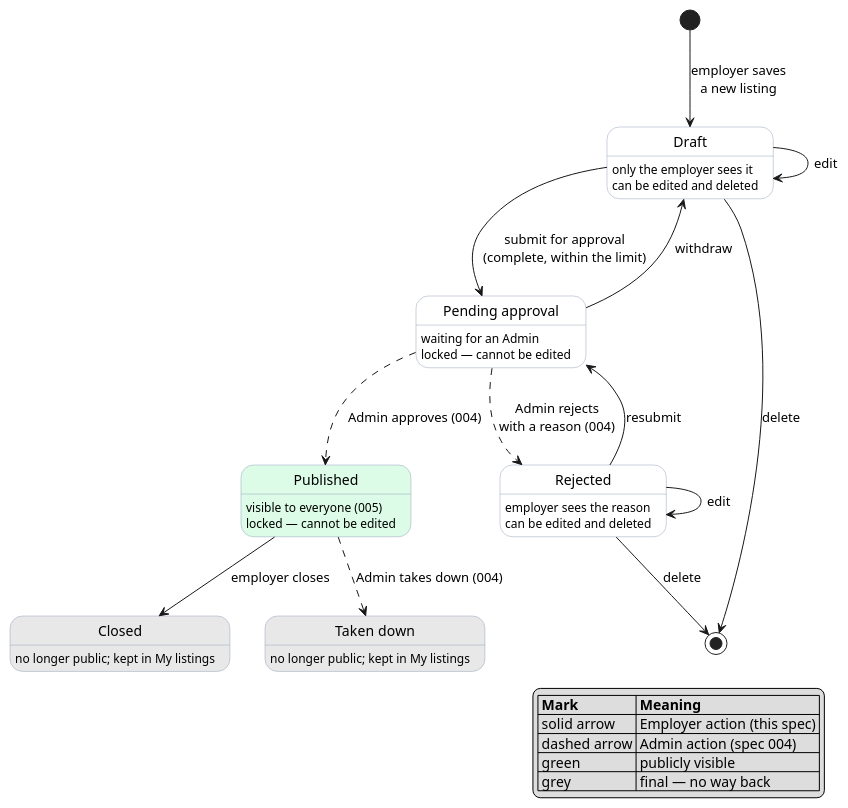
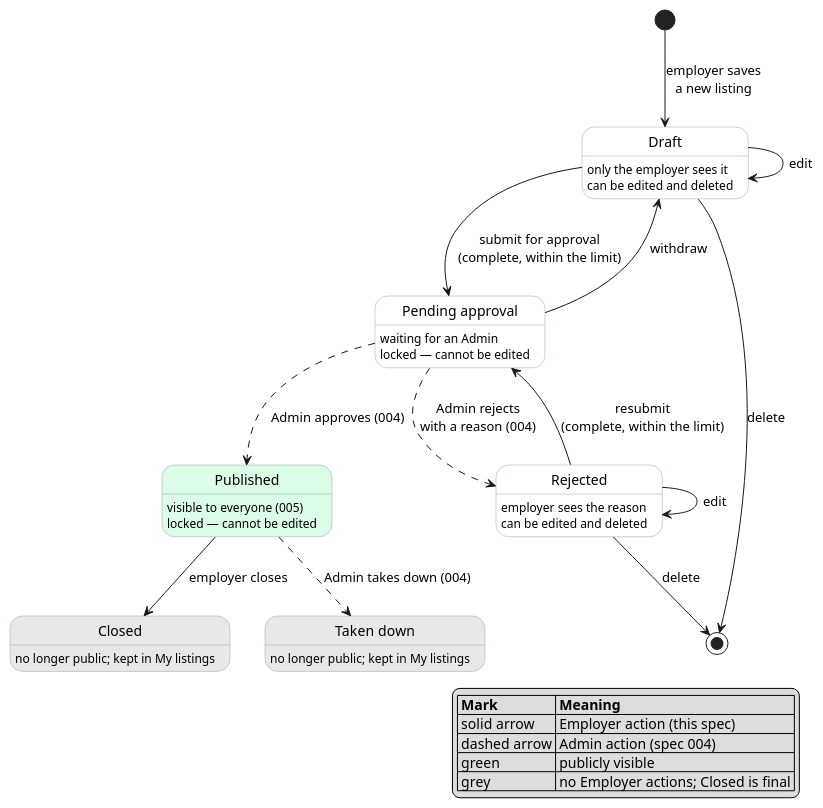
The diagram in docs/specs/003-listings-employer-posting/diagrams/state-listing.puml (raseniero/jairojobs-elixir), drawn with PlantUML before and after one commit. The commit also changed 21 other files, not shown here.

Commit message:
docs: consistency pass after spec 003 review (specs 000 and 003, architecture, constitution examples)

```diff
--- a/docs/specs/003-listings-employer-posting/diagrams/state-listing.puml
+++ b/docs/specs/003-listings-employer-posting/diagrams/state-listing.puml
@@ -1,55 +1,55 @@
 @startuml state-listing
 ' Spec 003 — listing lifecycle. Must agree with REQ-003-5..11 here and with spec 004.
 ' Solid arrows: Employer actions, specified in spec 003.
 ' Dashed arrows: Admin actions, specified in spec 004 (drawn here so the picture is whole).
 
 hide empty description
 skinparam state {
   BackgroundColor white
   BackgroundColor<<public>> #dcfce7
   BackgroundColor<<done>> #E8E8E8
   BorderColor #94a3b8
 }
 
 state "Draft" as Draft
 state "Pending approval" as Pending
 state "Published" as Published <<public>>
 state "Rejected" as Rejected
 state "Closed" as Closed <<done>>
 state "Taken down" as TakenDown <<done>>
 
 [*] --> Draft : employer saves\na new listing
 Draft : only the employer sees it
 Draft : can be edited and deleted
 Draft --> Draft : edit
 Draft --> Pending : submit for approval\n(complete, within the limit)
 Draft --> [*] : delete
 
 Pending : waiting for an Admin
 Pending : locked — cannot be edited
 Pending --> Draft : withdraw
 Pending -[dashed]-> Published : Admin approves (004)
 Pending -[dashed]-> Rejected : Admin rejects\nwith a reason (004)
 
 Rejected : employer sees the reason
 Rejected : can be edited and deleted
 Rejected --> Rejected : edit
-Rejected --> Pending : resubmit
+Rejected --> Pending : resubmit\n(complete, within the limit)
 Rejected --> [*] : delete
 
 Published : visible to everyone (005)
 Published : locked — cannot be edited
 Published --> Closed : employer closes
 Published -[dashed]-> TakenDown : Admin takes down (004)
 
 Closed : no longer public; kept in My listings
 TakenDown : no longer public; kept in My listings
 
 legend right
   |= Mark |= Meaning |
   | solid arrow | Employer action (this spec) |
   | dashed arrow | Admin action (spec 004) |
   | green | publicly visible |
-  | grey | final — no way back |
+  | grey | no Employer actions; Closed is final |
 endlegend
 @enduml
```
